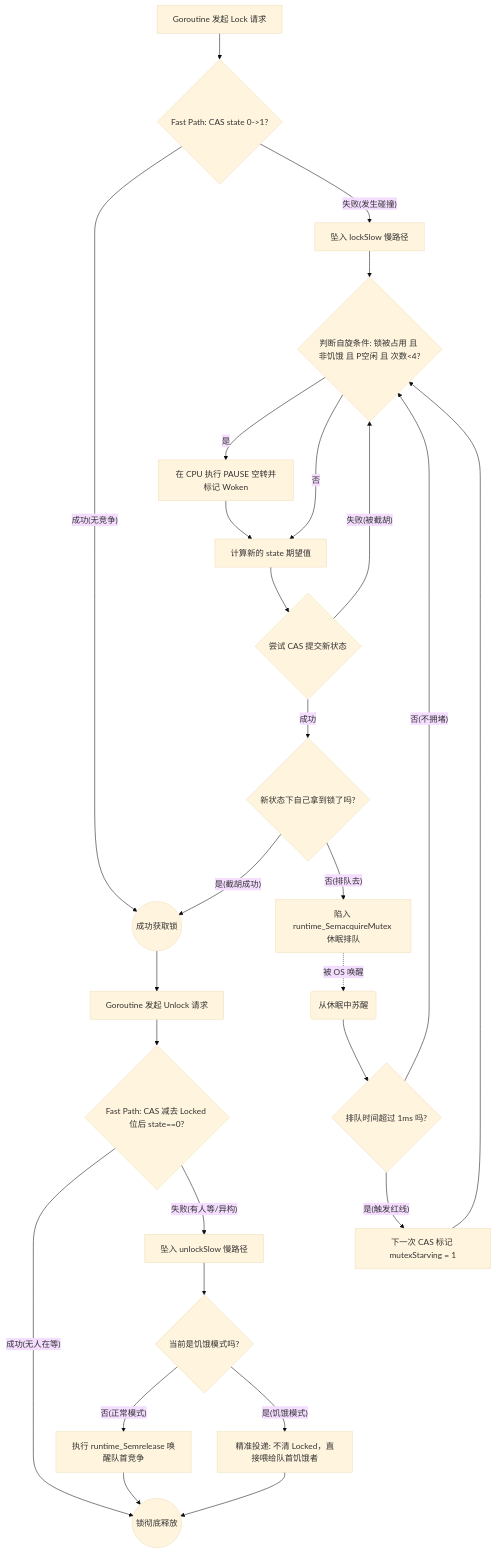
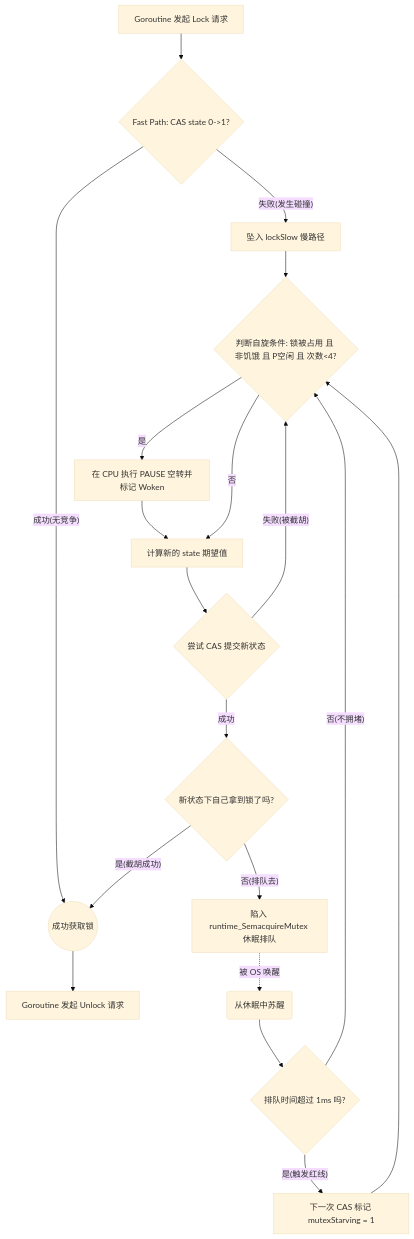
One commit to cholode/golang-learning changed the first of 2 diagrams in 06.mutex/mutex.md. Above: the diagram before and after it, drawn with Mermaid (base theme). The commit also changed other lines of this file, not shown here.

````diff
--- a/06.mutex/mutex.md
+++ b/06.mutex/mutex.md
@@ -167,40 +131,28 @@
 ```mermaid
 graph TD
     Start["Goroutine 发起 Lock 请求"] --> FastPath{"Fast Path: CAS state 0->1?"}
     FastPath -- "成功(无竞争)" --> GotLock(("成功获取锁"))
     FastPath -- "失败(发生碰撞)" --> SlowPath["坠入 lockSlow 慢路径"]
 
     SlowPath --> CheckSpin{"判断自旋条件: 锁被占用 且 非饥饿 且 P空闲 且 次数<4?"}
-    
+
     CheckSpin -- "是" --> Spin["在 CPU 执行 PAUSE 空转并标记 Woken"]
     Spin --> CalcNewState["计算新的 state 期望值"]
     CheckSpin -- "否" --> CalcNewState
-    
+
     CalcNewState --> TryCAS{"尝试 CAS 提交新状态"}
     TryCAS -- "失败(被截胡)" --> CheckSpin
     TryCAS -- "成功" --> CheckGotLock{"新状态下自己拿到锁了吗?"}
 
     CheckGotLock -- "是(截胡成功)" --> GotLock
     CheckGotLock -- "否(排队去)" --> SemAcquire["陷入 runtime_SemacquireMutex 休眠排队"]
 
     SemAcquire -.->|"被 OS 唤醒"| WokenUp("从休眠中苏醒")
     WokenUp --> CheckWaitTime{"排队时间超过 1ms 吗?"}
-    
+
     CheckWaitTime -- "否(不拥堵)" --> CheckSpin
     CheckWaitTime -- "是(触发红线)" --> SetStarving["下一次 CAS 标记 mutexStarving = 1"]
     SetStarving --> CheckSpin
 
     GotLock --> UnlockReq["Goroutine 发起 Unlock 请求"]
-    UnlockReq --> UFastPath{"Fast Path: CAS 减去 Locked 位后 state==0?"}
-
-    UFastPath -- "成功(无人在等)" --> Unlocked(("锁彻底释放"))
-    UFastPath -- "失败(有人等/异构)" --> USlowPath["坠入 unlockSlow 慢路径"]
-
-    USlowPath --> CheckMode{"当前是饥饿模式吗?"}
-    
-    CheckMode -- "否(正常模式)" --> NormalWake["执行 runtime_Semrelease 唤醒队首竞争"]
-    NormalWake --> Unlocked
-    
-    CheckMode -- "是(饥饿模式)" --> StarvingWake["精准投递: 不清 Locked，直接喂给队首饥饿者"]
-    StarvingWake --> Unlocked
 ```
````
